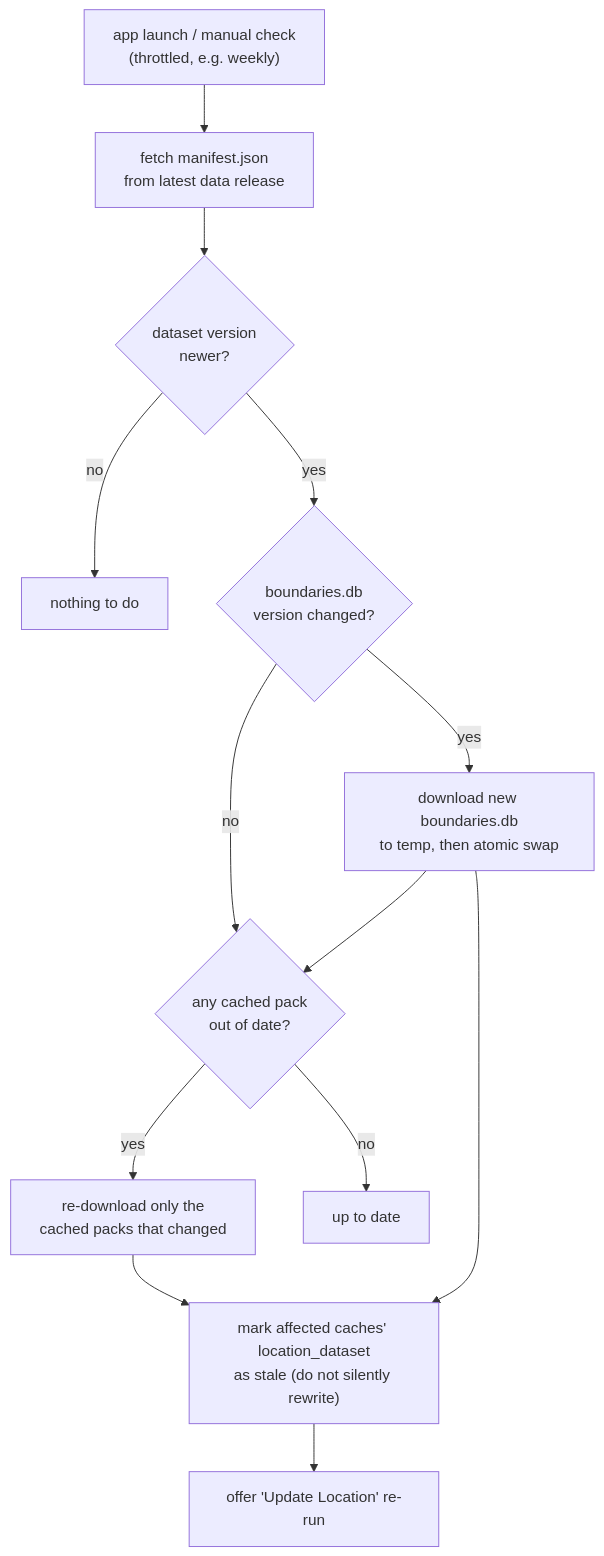
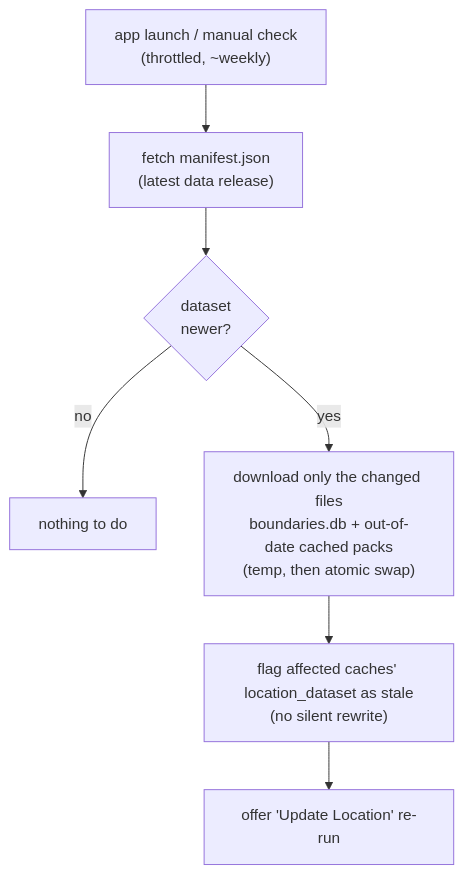
Before and after one commit to Fabio-A-Sa/OpenSAK: the third of 3 diagrams in architecture/reverse-geocoding.md, drawn with Mermaid. The commit also changed other lines of this file, not shown here.

Commit message:
docs(architecture): fix mermaid diagrams (<br/> line breaks, edge labels, cleaner update flow)

````diff
--- a/architecture/reverse-geocoding.md
+++ b/architecture/reverse-geocoding.md
@@ -335,15 +335,9 @@
 ```mermaid
 flowchart TD
-    L["app launch / manual check\n(throttled, e.g. weekly)"] --> M["fetch manifest.json\nfrom latest data release"]
-    M --> C{"dataset version\nnewer?"}
+    L["app launch / manual check<br/>(throttled, ~weekly)"] --> M["fetch manifest.json<br/>(latest data release)"]
+    M --> C{"dataset<br/>newer?"}
     C -->|no| DONE["nothing to do"]
-    C -->|yes| I{"boundaries.db\nversion changed?"}
-    I -->|yes| DLI["download new boundaries.db\nto temp, then atomic swap"]
-    I -->|no| P
-    DLI --> P{"any cached pack\nout of date?"}
-    P -->|yes| DLP["re-download only the\ncached packs that changed"]
-    P -->|no| DONE2["up to date"]
-    DLP --> STALE
-    DLI --> STALE["mark affected caches' location_dataset\nas stale (do not silently rewrite)"]
+    C -->|yes| DLD["download only the changed files<br/>boundaries.db + out-of-date cached packs<br/>(temp, then atomic swap)"]
+    DLD --> STALE["flag affected caches' location_dataset as stale<br/>(no silent rewrite)"]
     STALE --> PROMPT["offer 'Update Location' re-run"]
 ```
````
